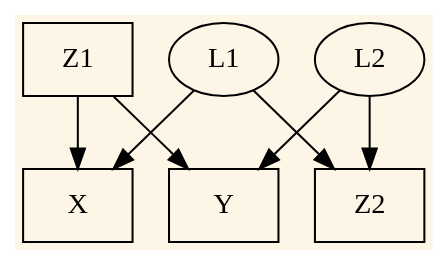
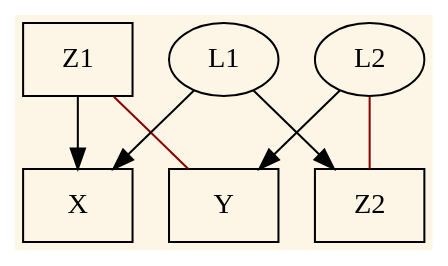
The diagram in examples/dot_files/sim_study_dag.dot (Ykabrit/PAGviz), drawn with Graphviz before and after one commit. The commit also changed 4 other files, not shown here.

```diff
--- a/examples/dot_files/sim_study_dag.dot
+++ b/examples/dot_files/sim_study_dag.dot
@@ -1,21 +1,15 @@
 digraph "sim_study_dag.txt" {
 bgcolor=OldLace;
-L1 [shape=ellipse];
 X [shape=box];
-L1 -> X [dir=forward, arrowtail=none, arrowhead=normal, style="", penwidth=1, color=black];
-L1 [shape=ellipse];
-Z2 [shape=box];
-L1 -> Z2 [dir=forward, arrowtail=none, arrowhead=normal, style="", penwidth=1, color=black];
-L2 [shape=ellipse];
-Y [shape=box];
-L2 -> Y [dir=forward, arrowtail=none, arrowhead=normal, style="", penwidth=1, color=black];
-L2 [shape=ellipse];
-Z2 [shape=box];
-L2 -> Z2 [dir=forward, arrowtail=none, arrowhead=normal, style="", penwidth=1, color=black];
-Z1 [shape=box];
-X [shape=box];
-Z1 -> X [dir=forward, arrowtail=none, arrowhead=normal, style="", penwidth=1, color=black];
 Z1 [shape=box];
 Y [shape=box];
-Z1 -> Y [dir=forward, arrowtail=none, arrowhead=normal, style="", penwidth=1, color=black];
+Z2 [shape=box];
+L1 [shape=ellipse];
+L2 [shape=ellipse];
+L1 -> X [dir=forward, arrowtail=none, arrowhead=normal, style="", penwidth=1, color=black];
+L1 -> Z2 [dir=forward, arrowtail=none, arrowhead=normal, style="", penwidth=1, color=black];
+L2 -> Y [dir=forward, arrowtail=none, arrowhead=normal, style="", penwidth=1, color=black];
+L2 -> Z2 [dir=both, arrowtail=none, arrowhead=none, style="", penwidth=1, color=darkred];
+Z1 -> X [dir=forward, arrowtail=none, arrowhead=normal, style="", penwidth=1, color=black];
+Z1 -> Y [dir=both, arrowtail=none, arrowhead=none, style="", penwidth=1, color=darkred];
 }
```
